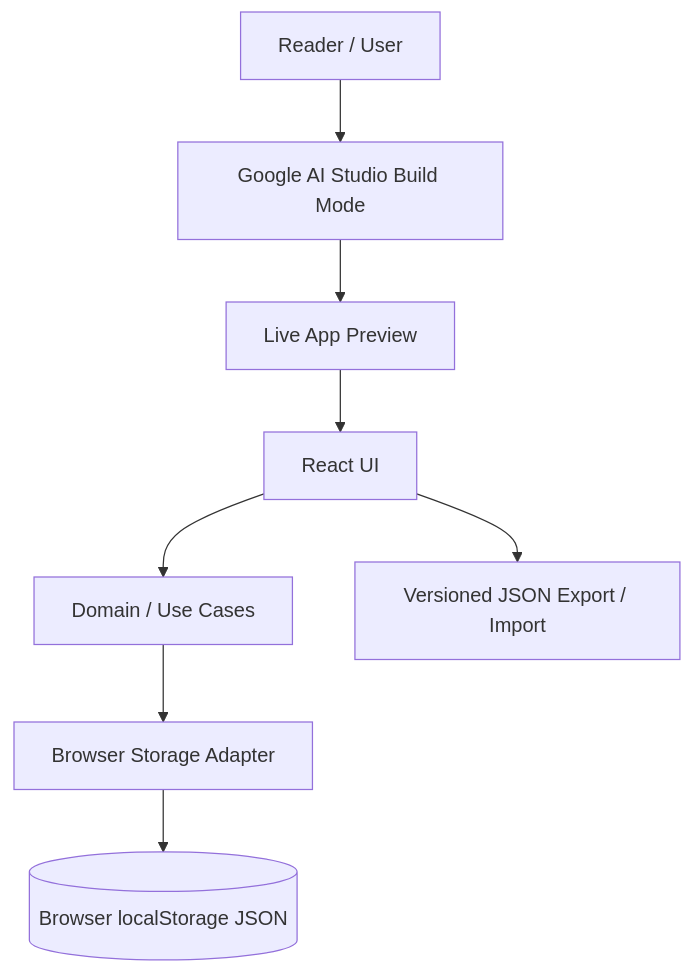
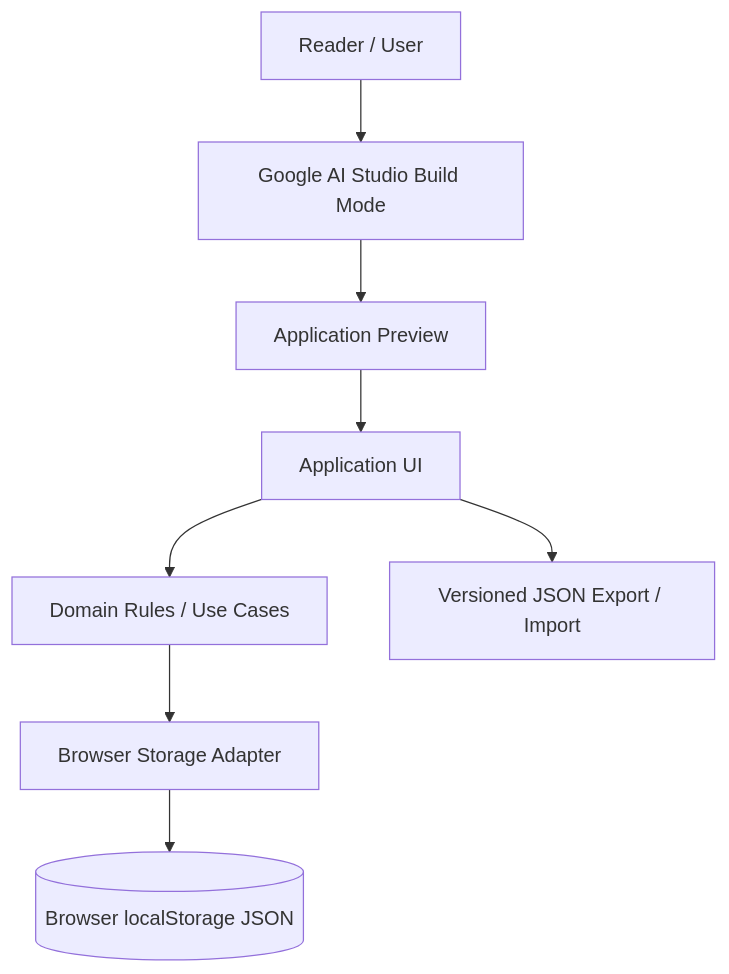
The first of 3 diagrams in projects/task-management/design/architecture/v0.1/BVC_TASK_MANAGEMENT_APPLICATION_ARCHITECTURE_V0.1.md (donghp/beyond-vibe-coding), drawn with Mermaid before and after one commit. The commit also changed other lines of this file, not shown here.

First line of the commit message:
docs(phase3.2): make application architecture provider-neutral

````diff
--- a/projects/task-management/design/architecture/v0.1/BVC_TASK_MANAGEMENT_APPLICATION_ARCHITECTURE_V0.1.md
+++ b/projects/task-management/design/architecture/v0.1/BVC_TASK_MANAGEMENT_APPLICATION_ARCHITECTURE_V0.1.md
@@ -61,10 +71,10 @@
 ```mermaid
 flowchart TD
     U[Reader / User] --> G[Google AI Studio Build Mode]
-    G --> P[Live App Preview]
-    P --> UI[React UI]
-    UI --> D[Domain / Use Cases]
+    G --> P[Application Preview]
+    P --> UI[Application UI]
+    UI --> D[Domain Rules / Use Cases]
     D --> R[Browser Storage Adapter]
     R --> LS[(Browser localStorage JSON)]
     UI --> B[Versioned JSON Export / Import]
 ```
````
